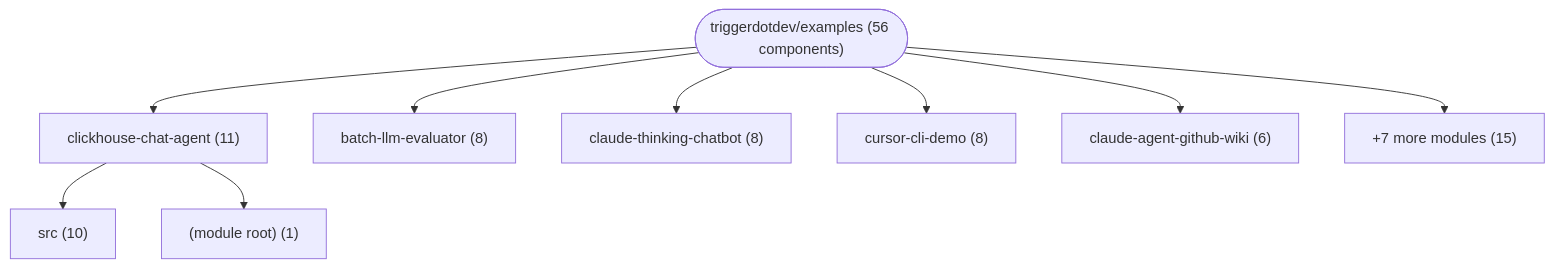
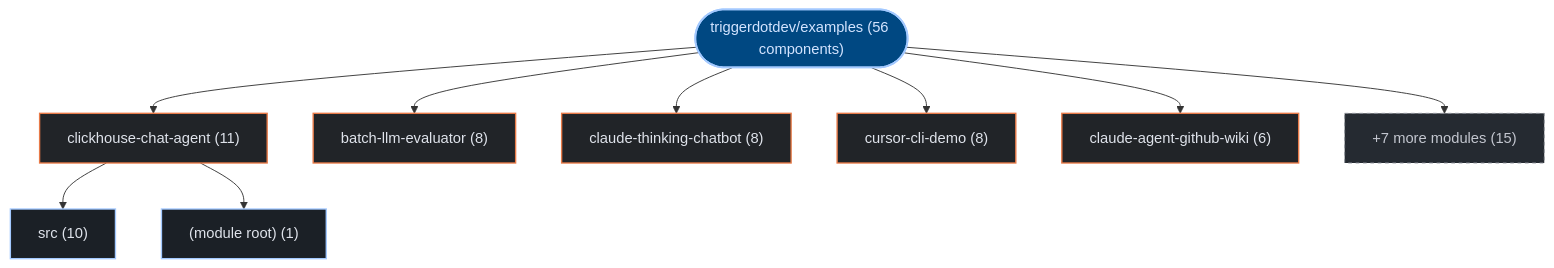
Before and after one commit to kumarshaz/atruss-code-atlas: the first of 2 diagrams in exports/latest/reports/triggerdotdev-examples-report.md, drawn with Mermaid. The commit also changed other lines of this file and 331 other files, not shown here.

Commit message:
docs,ui,fix: update SDLC docs, reorder CI/CD DAG first, stylize Mermaid, and fix Arc42 pipeline topology

````diff
--- a/exports/latest/reports/triggerdotdev-examples-report.md
+++ b/exports/latest/reports/triggerdotdev-examples-report.md
@@ -41,20 +41,27 @@
 ```mermaid
 graph TD;
-    repo_root(["triggerdotdev/examples (56 components)"])
-    dir_0_clickhouse_chat_agent["clickhouse-chat-agent (11)"]
+  classDef atlasRoot fill:#004882,stroke:#a3c9ff,stroke-width:2px,color:#d3e4ff
+  classDef atlasCategory fill:#212428,stroke:#E87A48,stroke-width:1.5px,color:#dfe3eb
+  classDef atlasWorkflow fill:#1b2026,stroke:#a3c9ff,stroke-width:1.5px,color:#dfe3eb
+  classDef atlasJob fill:#171c22,stroke:#8d9199,stroke-width:1px,color:#dfe3eb
+  classDef atlasTarget fill:#005227,stroke:#8bd99b,stroke-width:1.5px,color:#a7f6b6
+  classDef atlasAlert fill:#93000a,stroke:#ffb4ab,stroke-width:1.5px,color:#ffdad6
+  classDef atlasMore fill:#252a31,stroke:#8d9199,stroke-dasharray:4 4,color:#c3c6cf
+    repo_root(["triggerdotdev/examples (56 components)"]):::atlasRoot
+    dir_0_clickhouse_chat_agent["clickhouse-chat-agent (11)"]:::atlasCategory
     repo_root --> dir_0_clickhouse_chat_agent
-    sub_0_0_src["src (10)"]
+    sub_0_0_src["src (10)"]:::atlasWorkflow
     dir_0_clickhouse_chat_agent --> sub_0_0_src
-    sub_0_1__module_root_["(module root) (1)"]
+    sub_0_1__module_root_["(module root) (1)"]:::atlasWorkflow
     dir_0_clickhouse_chat_agent --> sub_0_1__module_root_
-    dir_1_batch_llm_evaluator["batch-llm-evaluator (8)"]
+    dir_1_batch_llm_evaluator["batch-llm-evaluator (8)"]:::atlasCategory
     repo_root --> dir_1_batch_llm_evaluator
-    dir_2_claude_thinking_chatbot["claude-thinking-chatbot (8)"]
+    dir_2_claude_thinking_chatbot["claude-thinking-chatbot (8)"]:::atlasCategory
     repo_root --> dir_2_claude_thinking_chatbot
-    dir_3_cursor_cli_demo["cursor-cli-demo (8)"]
+    dir_3_cursor_cli_demo["cursor-cli-demo (8)"]:::atlasCategory
     repo_root --> dir_3_cursor_cli_demo
-    dir_4_claude_agent_github_wiki["claude-agent-github-wiki (6)"]
+    dir_4_claude_agent_github_wiki["claude-agent-github-wiki (6)"]:::atlasCategory
     repo_root --> dir_4_claude_agent_github_wiki
-    dir_other_modules["+7 more modules (15)"]
+    dir_other_modules["+7 more modules (15)"]:::atlasMore
     repo_root --> dir_other_modules
 ```
````
